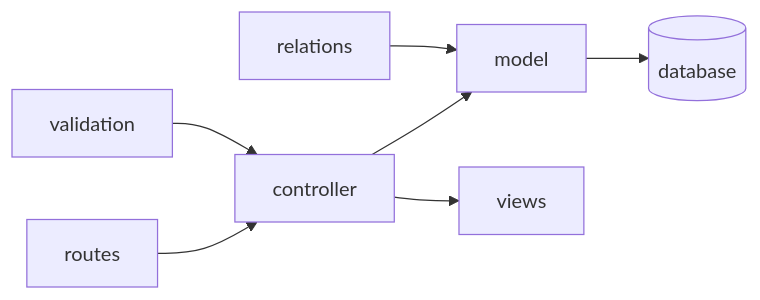
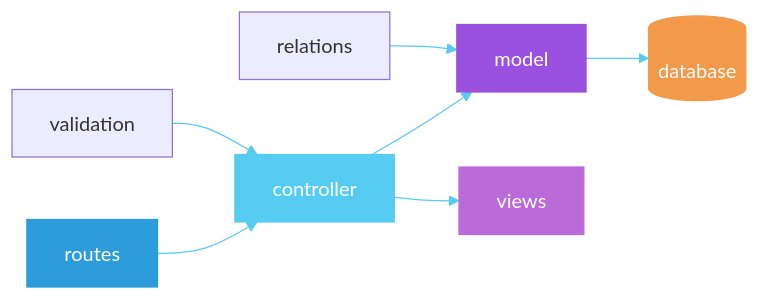
One commit to 444Nazky/My-Vault changed the first of 13 diagrams in Graphs/Dev-Tasks-Diagrams.md. Above: the diagram before and after it, drawn with Mermaid. The commit also changed other lines of this file and 15 other files, not shown here.

````diff
--- a/Graphs/Dev-Tasks-Diagrams.md
+++ b/Graphs/Dev-Tasks-Diagrams.md
@@ -6,9 +6,15 @@
 ```mermaid
+%%{init: {'theme': 'default', 'themeVariables': { 'primaryColor': '#56CCF2', 'lineColor': '#56CCF2'}}}%%
 flowchart LR
  R["routes"] --> C["controller"]
  C --> M["model"]
  M --> DB[("database")]
  C --> V["views"]
  VAL["validation"] --> C
  REL["relations"] --> M
+ style R fill:#2D9CDB,stroke:#2D9CDB,color:#fff
+ style C fill:#56CCF2,stroke:#56CCF2,color:#fff
+ style M fill:#9B51E0,stroke:#9B51E0,color:#fff
+ style DB fill:#F2994A,stroke:#F2994A,color:#fff
+ style V fill:#BB6BD9,stroke:#BB6BD9,color:#fff
 ```
````
